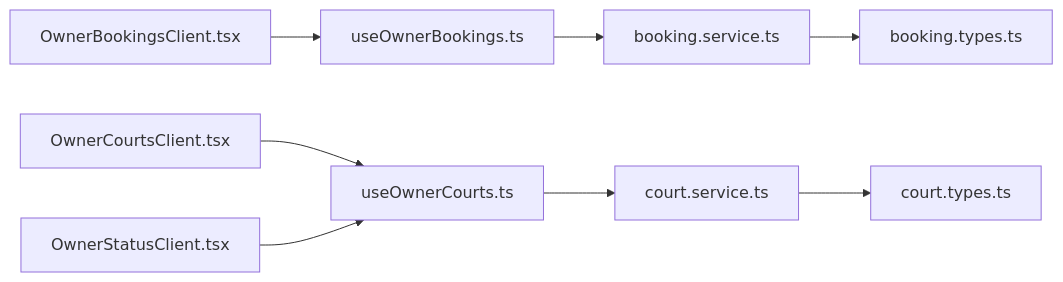
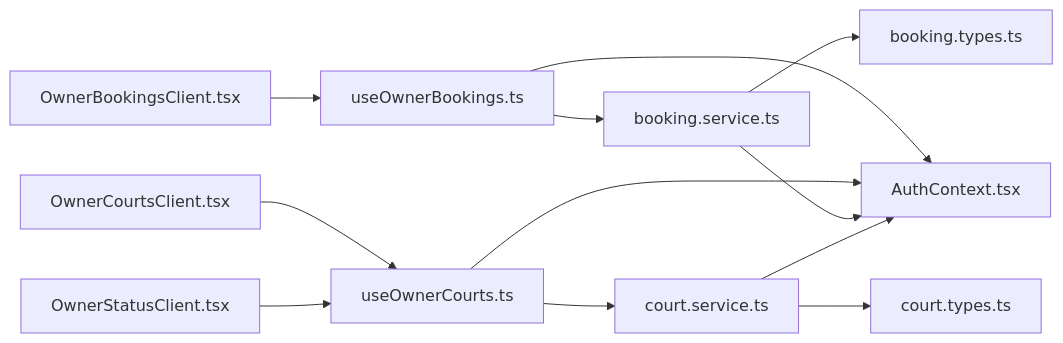
The ninth of 9 diagrams in .qoder/repowiki/en/content/Feature Components & UI/Owner Dashboard UI.md (nguyencongtrung2001/Do-An), drawn with Mermaid before and after one commit. The commit also changed other lines of this file and 12 other files, not shown here.

````diff
--- a/.qoder/repowiki/en/content/Feature Components & UI/Owner Dashboard UI.md
+++ b/.qoder/repowiki/en/content/Feature Components & UI/Owner Dashboard UI.md
@@ -374,10 +475,14 @@
 ```mermaid
 graph LR
 OBC["OwnerBookingsClient.tsx"] --> UOB["useOwnerBookings.ts"]
 OCC["OwnerCourtsClient.tsx"] --> UOC["useOwnerCourts.ts"]
 OSC["OwnerStatusClient.tsx"] --> UOC
 UOB --> BS["booking.service.ts"]
 UOC --> CS["court.service.ts"]
 BS --> BT["booking.types.ts"]
 CS --> CT["court.types.ts"]
+UOB --> AC["AuthContext.tsx"]
+UOC --> AC
+BS --> AC
+CS --> AC
 ```
````
